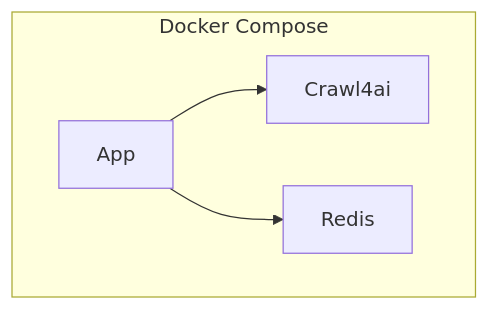
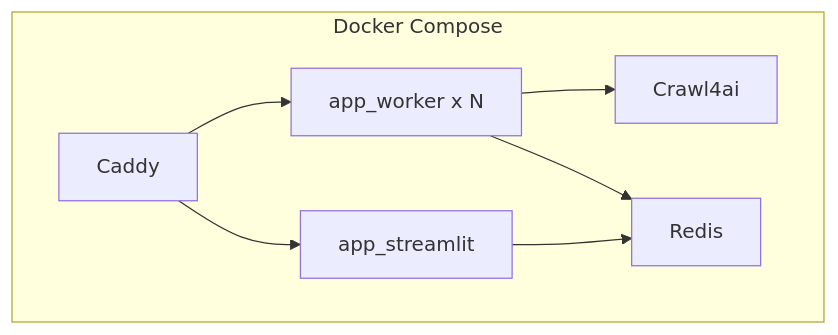
Before and after one commit to virtUOS/askUOS: the diagram in docs/deployment/docker.md, drawn with Mermaid. The commit also changed other lines of this file and 15 other files, not shown here.

````diff
--- a/docs/deployment/docker.md
+++ b/docs/deployment/docker.md
@@ -7,10 +7,15 @@
 ```mermaid
 graph TB
     subgraph DockerCompose[Docker Compose]
-        App[App]
+        Caddy[Caddy]
+        Streamlit[app_streamlit]
+        Worker[app_worker x N]
         Crawl[Crawl4ai]
         Redis[Redis]
     end
-    App --> Crawl
-    App --> Redis
+    Caddy --> Streamlit
+    Caddy --> Worker
+    Worker --> Crawl
+    Worker --> Redis
+    Streamlit --> Redis
 ```
````
